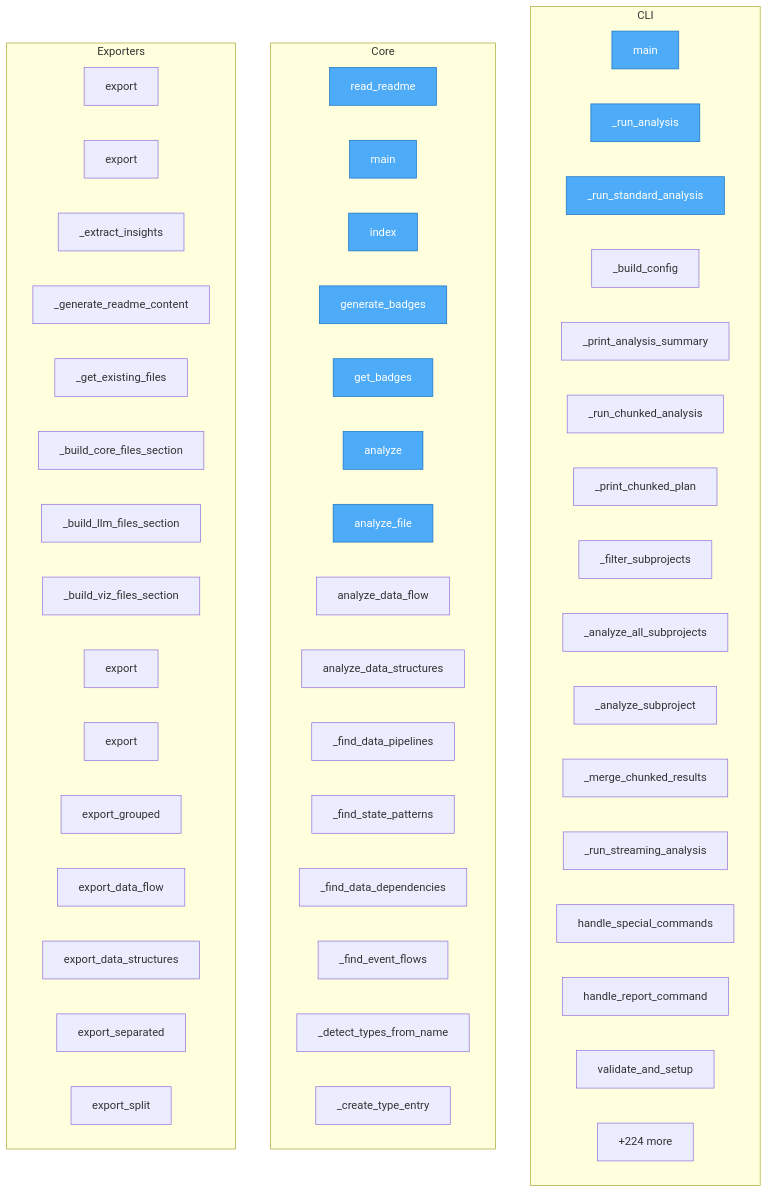
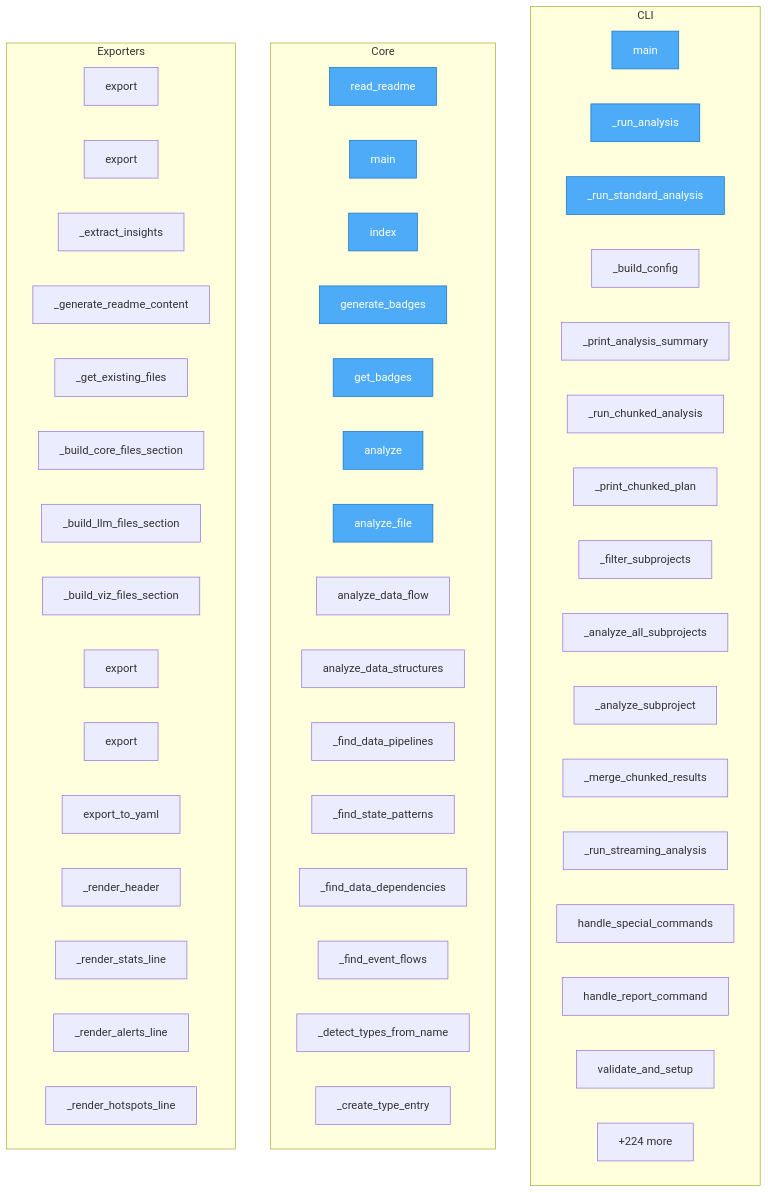
Before and after one commit to wronai/code2flow: the diagram in project/flow.mmd, drawn with Mermaid. The commit also changed 21 other files, not shown here.

```diff
--- a/project/flow.mmd
+++ b/project/flow.mmd
@@ -1,63 +1,63 @@
 flowchart TD
 
     %% Entry points (blue)
     classDef entry fill:#4dabf7,stroke:#1971c2,color:#fff
 
     subgraph CLI
         code2llm__cli__main["main"]
         code2llm__cli_analysis___run_analysis["_run_analysis"]
         code2llm__cli_analysis___run_standard_analysis["_run_standard_analysis"]
         code2llm__cli_analysis___build_config["_build_config"]
         code2llm__cli_analysis___print_analysis_summary["_print_analysis_summary"]
         code2llm__cli_analysis___run_chunked_analysis["_run_chunked_analysis"]
         code2llm__cli_analysis___print_chunked_plan["_print_chunked_plan"]
         code2llm__cli_analysis___filter_subprojects["_filter_subprojects"]
         code2llm__cli_analysis___analyze_all_subprojects["_analyze_all_subprojects"]
         code2llm__cli_analysis___analyze_subproject["_analyze_subproject"]
         code2llm__cli_analysis___merge_chunked_results["_merge_chunked_results"]
         code2llm__cli_analysis___run_streaming_analysis["_run_streaming_analysis"]
         code2llm__cli_commands__handle_special_commands["handle_special_commands"]
         code2llm__cli_commands__handle_report_command["handle_report_command"]
         code2llm__cli_commands__validate_and_setup["validate_and_setup"]
         ...["+40 more"]
     end
 
     subgraph Core
         setup__read_readme["read_readme"]
         validate_toon__main["main"]
         badges__server__index["index"]
         badges__server__generate_badges["generate_badges"]
         badges__server__get_badges["get_badges"]
         code2llm__api__analyze["analyze"]
         code2llm__api__analyze_file["analyze_file"]
         code2llm__DataAnalyzer__analyze_data_flow["analyze_data_flow"]
         code2llm__DataAnalyzer__analyze_data_structures["analyze_data_structures"]
         code2llm__DataAnalyzer___find_data_pipelines["_find_data_pipelines"]
         code2llm__DataAnalyzer___find_state_patterns["_find_state_patterns"]
         code2llm__DataAnalyzer___find_data_dependencies["_find_data_dependencies"]
         code2llm__DataAnalyzer___find_event_flows["_find_event_flows"]
         code2llm__DataAnalyzer___detect_types_from_name["_detect_types_from_name"]
         code2llm__DataAnalyzer___create_type_entry["_create_type_entry"]
         ...["+291 more"]
     end
 
     subgraph Exporters
         code2llm__exporters__base__Exporter__export["export"]
         code2llm__exporters__readme_exporter__READMEExporter__export["export"]
         code2llm__READMEExporter___extract_insights["_extract_insights"]
         code2llm__READMEExporter___generate_readme_content["_generate_readme_content"]
         code2llm__READMEExporter___get_existing_files["_get_existing_files"]
         code2llm__READMEExporter___build_core_files_section["_build_core_files_section"]
         code2llm__READMEExporter___build_llm_files_section["_build_llm_files_section"]
         code2llm__READMEExporter___build_viz_files_section["_build_viz_files_section"]
         code2llm__exporters__json_exporter__JSONExporter__export["export"]
-        code2llm__exporters__yaml_exporter__YAMLExporter__export["export"]
-        code2llm__YAMLExporter__export_grouped["export_grouped"]
-        code2llm__YAMLExporter__export_data_flow["export_data_flow"]
-        code2llm__YAMLExporter__export_data_structures["export_data_structures"]
-        code2llm__YAMLExporter__export_separated["export_separated"]
-        code2llm__YAMLExporter__export_split["export_split"]
+        code2llm__exporters__map_exporter__MapExporter__export["export"]
+        code2llm__MapExporter__export_to_yaml["export_to_yaml"]
+        code2llm__MapExporter___render_header["_render_header"]
+        code2llm__MapExporter___render_stats_line["_render_stats_line"]
+        code2llm__MapExporter___render_alerts_line["_render_alerts_line"]
+        code2llm__MapExporter___render_hotspots_line["_render_hotspots_line"]
         ...["+224 more"]
     end
 
-    class setup__read_readme,validate_toon__main,badges__server__index,badges__server__generate_badges,badges__server__get_badges,code2llm__cli__main,code2llm__api__analyze,code2llm__api__analyze_file,code2llm__cli_analysis___run_analysis,code2llm__cli_analysis___run_standard_analysis entry
+    class setup__read_readme,validate_toon__main,code2llm__cli__main,badges__server__index,badges__server__generate_badges,badges__server__get_badges,code2llm__api__analyze,code2llm__api__analyze_file,code2llm__cli_analysis___run_analysis,code2llm__cli_analysis___run_standard_analysis entry
```
